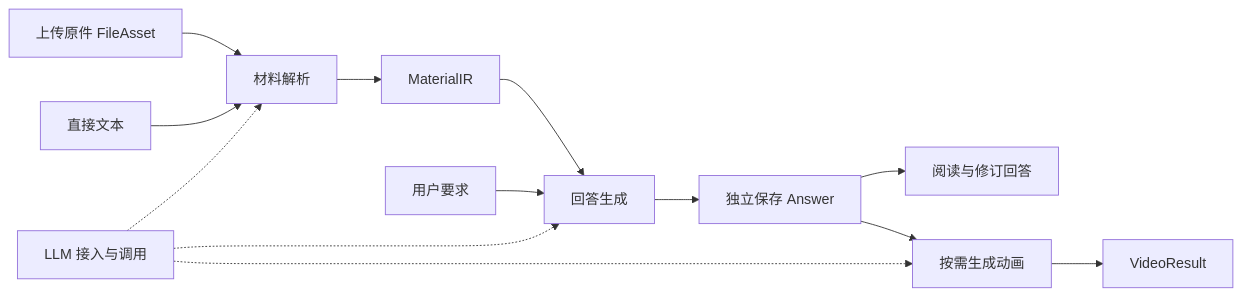
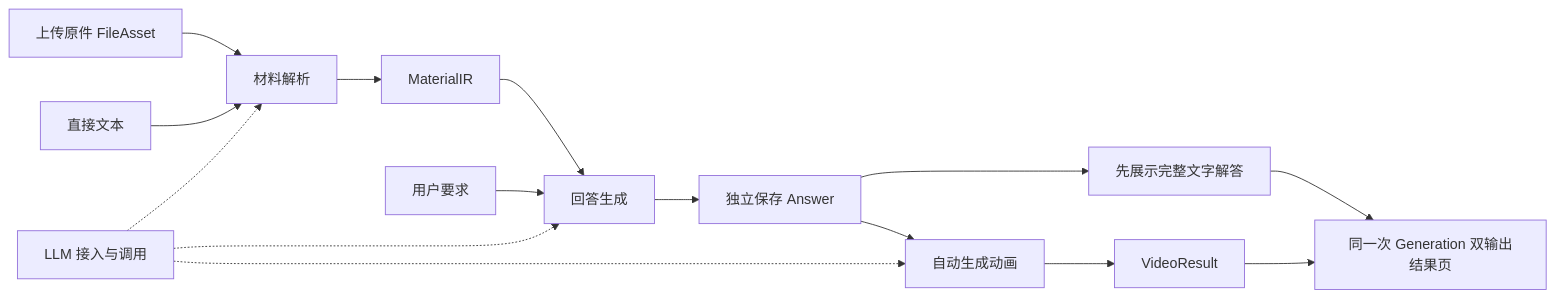
One commit to Zongyuan-Cai/manimagent changed the diagram in docs/index.md. Above: the diagram before and after it, drawn with Mermaid. The commit also changed other lines of this file and 381 other files, not shown here.

````diff
--- a/docs/index.md
+++ b/docs/index.md
@@ -29,15 +42,17 @@
 ```mermaid
 flowchart LR
     F[上传原件 FileAsset] --> P[材料解析]
     T[直接文本] --> P
     P --> M[MaterialIR]
     M --> A[回答生成]
     Q[用户要求] --> A
     A --> AN[独立保存 Answer]
-    AN --> R[阅读与修订回答]
-    AN --> V[按需生成动画]
+    AN --> R[先展示完整文字解答]
+    AN --> V[自动生成动画]
     V --> VR[VideoResult]
+    R --> G[同一次 Generation 双输出结果页]
+    VR --> G
     L[LLM 接入与调用] -.-> P
     L -.-> A
     L -.-> V
 ```
````
